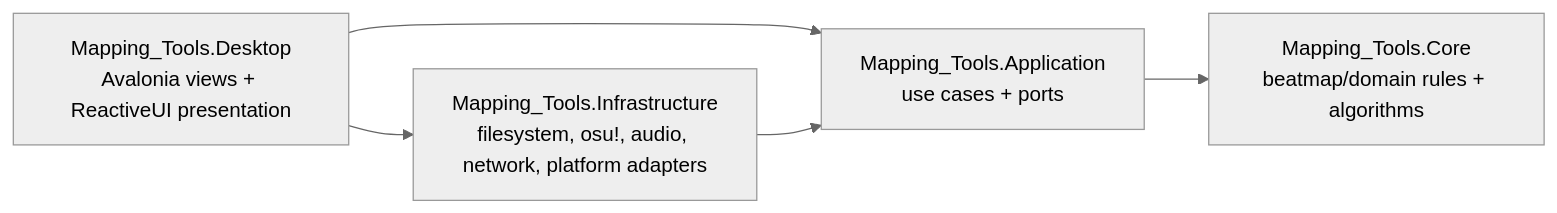
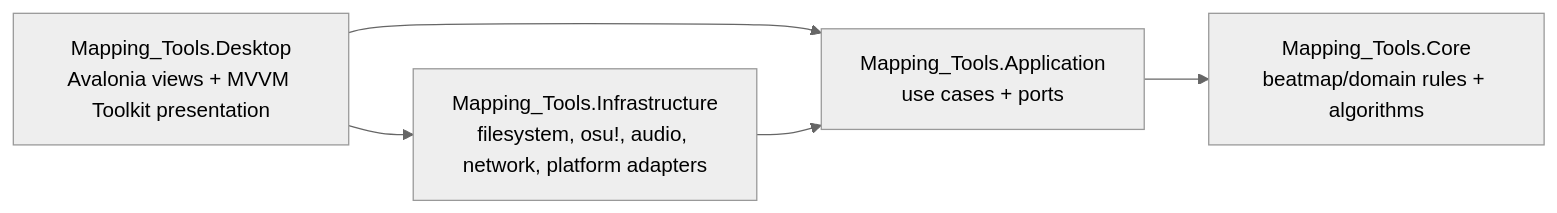
The first of 2 diagrams in docs/avalonia-migration/feature-dependency-graph.md (OliBomby/Mapping_Tools), drawn with Mermaid (neutral theme) before and after one commit. The commit also changed other lines of this file and 29 other files, not shown here.

Commit message:
migrate reactiveUI to CommunityToolkit.Mvvm

````diff
--- a/docs/avalonia-migration/feature-dependency-graph.md
+++ b/docs/avalonia-migration/feature-dependency-graph.md
@@ -19,12 +19,12 @@
 ```mermaid
 flowchart LR
-    Desktop["Mapping_Tools.Desktop<br/>Avalonia views + ReactiveUI presentation"]
+    Desktop["Mapping_Tools.Desktop<br/>Avalonia views + MVVM Toolkit presentation"]
     Application["Mapping_Tools.Application<br/>use cases + ports"]
     Core["Mapping_Tools.Core<br/>beatmap/domain rules + algorithms"]
     Infrastructure["Mapping_Tools.Infrastructure<br/>filesystem, osu!, audio, network, platform adapters"]
 
     Desktop --> Application
     Desktop --> Infrastructure
     Infrastructure --> Application
     Application --> Core
 ```
````
